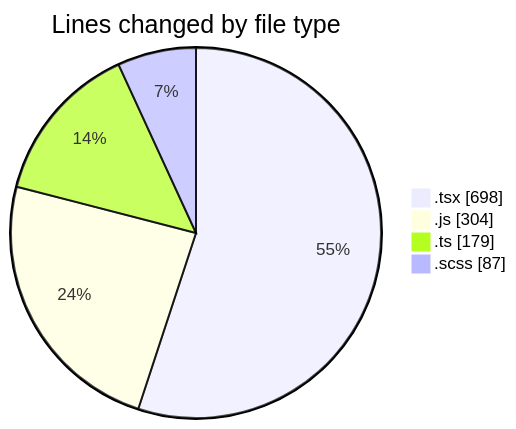
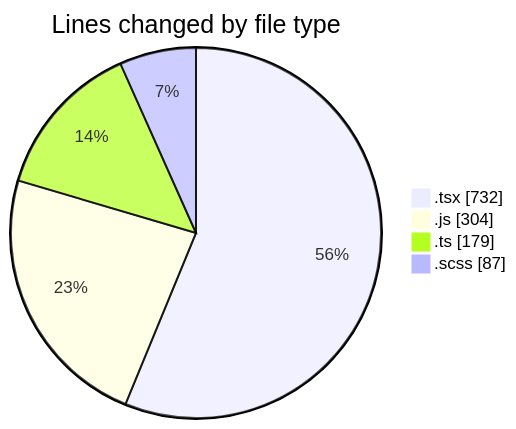
One commit to momahboobian/code-tracking changed the first of 2 diagrams in 2025-02-26/cda/README.md. Above: the diagram before and after it, drawn with Mermaid. The commit also changed other lines of this file and 1 other file, not shown here.

````diff
--- a/2025-02-26/cda/README.md
+++ b/2025-02-26/cda/README.md
@@ -33,8 +33,8 @@
 ```mermaid
 pie showData
 title Lines changed by file type
-".tsx" : 698
+".tsx" : 732
 ".js" : 304
 ".ts" : 179
 ".scss" : 87
 ```
````
